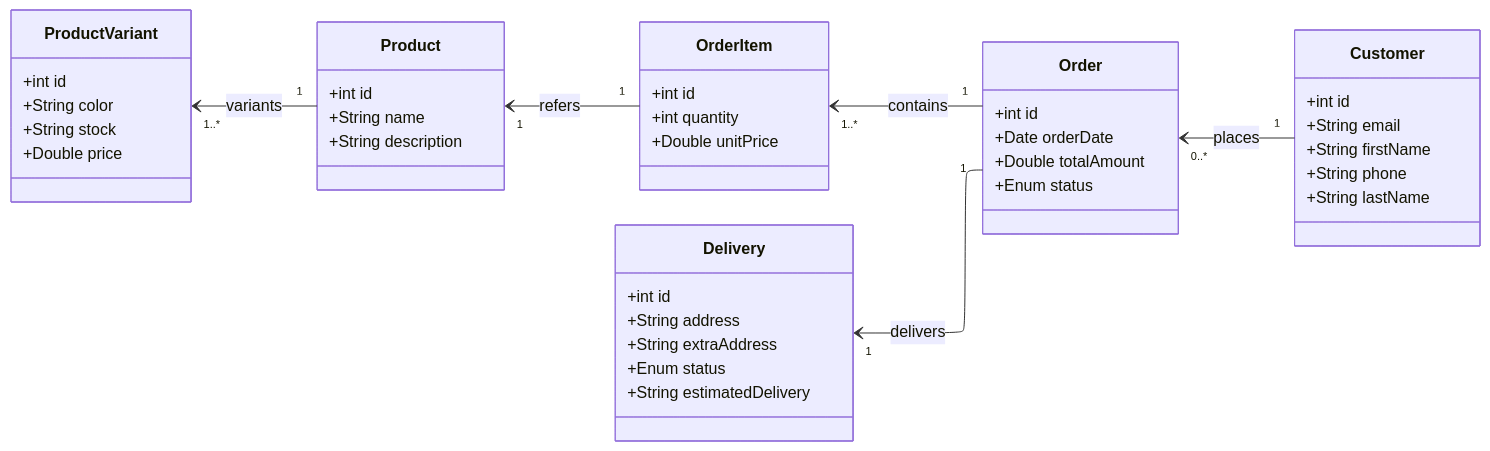
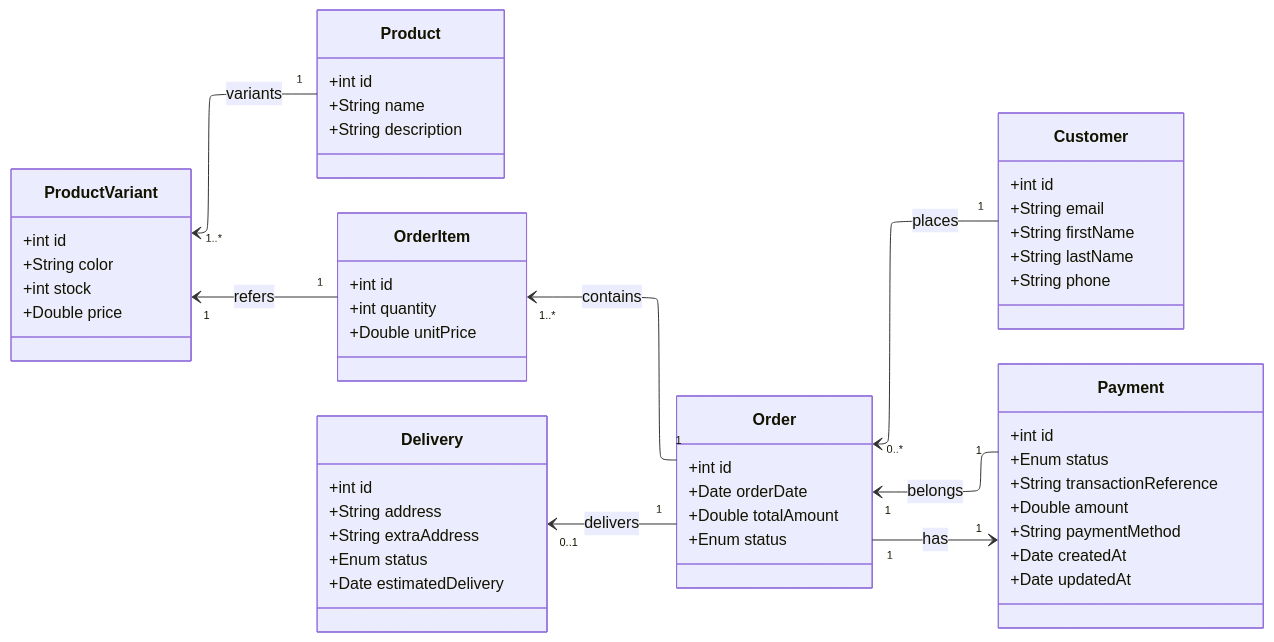
Before and after one commit to Andressc19/bacpak-backend: the diagram in docs/entity-diagram.mmd, drawn with Mermaid. The commit also changed 14 other files, not shown here.

```diff
--- a/docs/entity-diagram.mmd
+++ b/docs/entity-diagram.mmd
@@ -1,54 +1,67 @@
 ---
 config:
   layout: elk
 ---
 classDiagram
 direction RL
 
     class Customer {
         +int id
         +String email
         +String firstName
+        +String lastName
         +String phone
-        +String lastName
-    }
-    
-    class ProductVariant {
-        +int id
-        +String color
-        +String stock
-        +Double price
     }
 
     class Product {
         +int id
         +String name
         +String description
+    }
+
+    class ProductVariant {
+        +int id
+        +String color
+        +int stock
+        +Double price
     }
 
     class Order {
         +int id
         +Date orderDate
         +Double totalAmount
         +Enum status
     }
 
     class OrderItem {
         +int id
         +int quantity
         +Double unitPrice
     }
 
     class Delivery {
         +int id
         +String address
         +String extraAddress
         +Enum status
-        +String estimatedDelivery
+        +Date estimatedDelivery
     }
 
+    class Payment {
+        +int id
+        +Enum status
+        +String transactionReference
+        +Double amount
+        +String paymentMethod
+        +Date createdAt
+        +Date updatedAt
+    }
+
+    %% Relaciones
     Customer "1" --> "0..*" Order : places
     Order "1" --> "1..*" OrderItem : contains
-    OrderItem "1" --> "1" Product : refers
-    Order "1" --> "1" Delivery : delivers
+    OrderItem "1" --> "1" ProductVariant : refers
     Product "1" --> "1..*" ProductVariant: variants
+    Order "1" --> "0..1" Delivery : delivers
+    Order "1" --> "1" Payment : has
+    Payment "1" --> "1" Order : belongs
```
